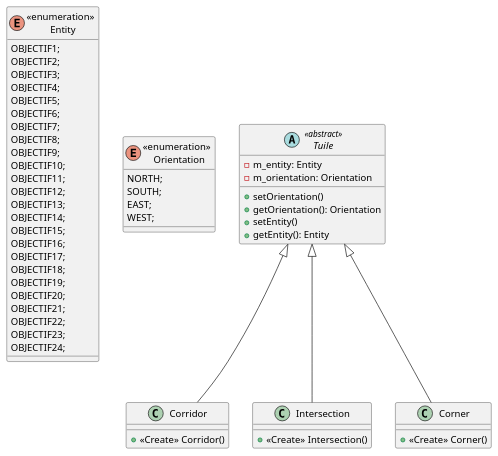
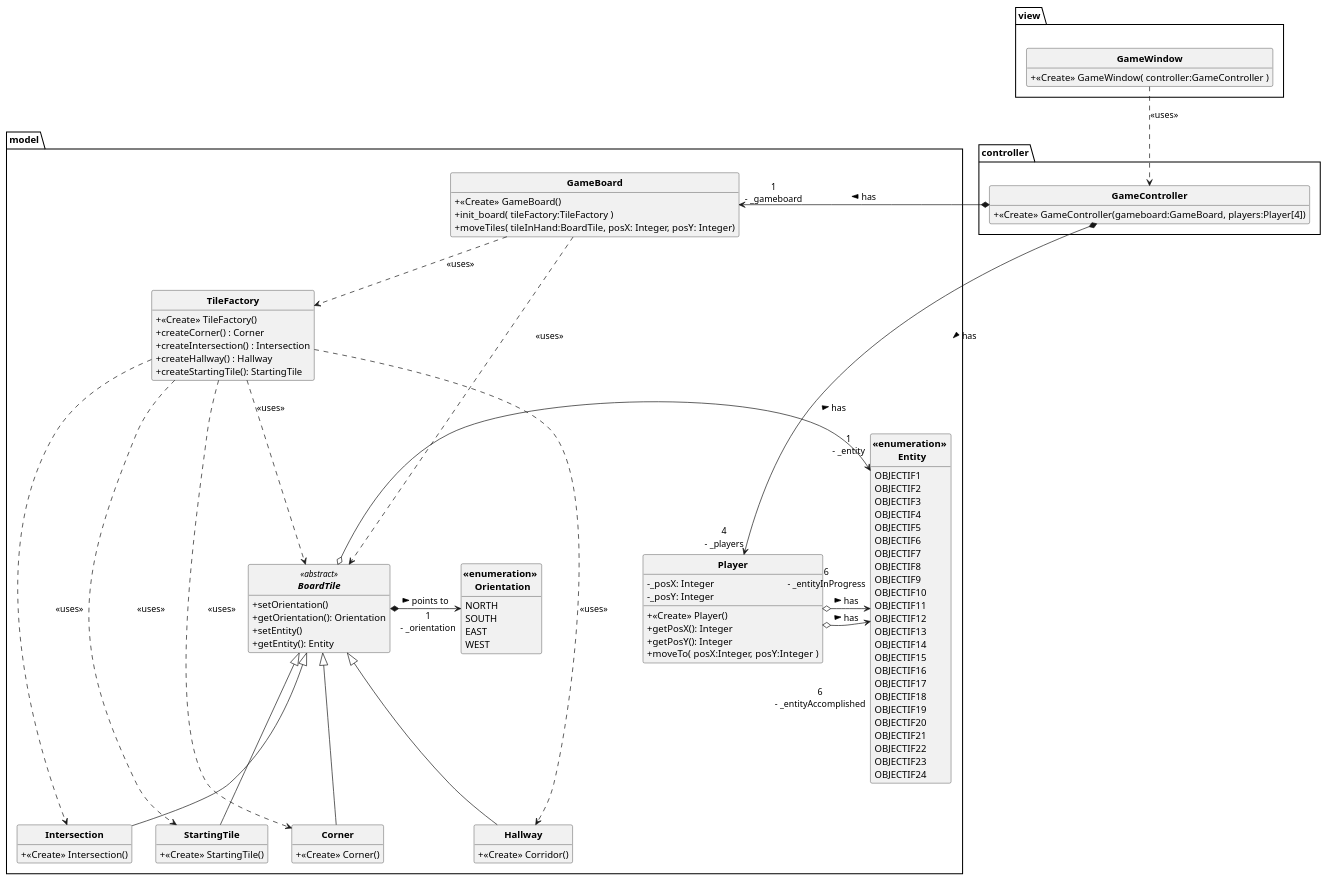
Before and after one commit to NiburusVN/Labyrinth_Minecraft_MBUI: the diagram in uml/Rendu1.puml, drawn with PlantUML. The commit also changed 2 other files, not shown here.

Commit message:
Modification diagramme PUML du rendu 1

```diff
--- a/uml/Rendu1.puml
+++ b/uml/Rendu1.puml
@@ -1,57 +1,122 @@
 @startuml
+skinparam classAttributeIconSize 0
+skinparam classFontStyle Bold
+skinparam style strictuml
+hide empty members
 
-enum "<<enumeration>> \n Entity"{
-    OBJECTIF1;
-    OBJECTIF2;
-    OBJECTIF3;
-    OBJECTIF4;
-    OBJECTIF5;
-    OBJECTIF6;
-    OBJECTIF7;
-    OBJECTIF8;
-    OBJECTIF9;
-    OBJECTIF10;
-    OBJECTIF11;
-    OBJECTIF12;
-    OBJECTIF13;
-    OBJECTIF14;
-    OBJECTIF15;
-    OBJECTIF16;
-    OBJECTIF17;
-    OBJECTIF18;
-    OBJECTIF19;
-    OBJECTIF20;
-    OBJECTIF21;
-    OBJECTIF22;
-    OBJECTIF23;
-    OBJECTIF24;
+package model{
+    class Player{
+        +<<Create>> Player()
+        -_posX: Integer
+        -_posY: Integer
+        +getPosX(): Integer
+        +getPosY(): Integer
+        +moveTo( posX:Integer, posY:Integer )
+    }
+
+    enum "<<enumeration>> \n Entity"{
+        OBJECTIF1
+        OBJECTIF2
+        OBJECTIF3
+        OBJECTIF4
+        OBJECTIF5
+        OBJECTIF6
+        OBJECTIF7
+        OBJECTIF8
+        OBJECTIF9
+        OBJECTIF10
+        OBJECTIF11
+        OBJECTIF12
+        OBJECTIF13
+        OBJECTIF14
+        OBJECTIF15
+        OBJECTIF16
+        OBJECTIF17
+        OBJECTIF18
+        OBJECTIF19
+        OBJECTIF20
+        OBJECTIF21
+        OBJECTIF22
+        OBJECTIF23
+        OBJECTIF24
+    }
+
+    enum "<<enumeration>> \n Orientation"{
+        NORTH
+        SOUTH
+        EAST
+        WEST
+    }
+
+    abstract class BoardTile <<abstract>>{
+        +setOrientation()
+        +getOrientation(): Orientation
+        +setEntity()
+        +getEntity(): Entity
+    }
+
+    class Hallway extends BoardTile{
+        +<<Create>> Corridor()
+    }
+
+    class Intersection extends BoardTile{
+        +<<Create>> Intersection()
+    }
+
+    class Corner extends BoardTile{
+        +<<Create>> Corner()
+    }
+
+    class StartingTile extends BoardTile{
+        +<<Create>> StartingTile()
+    }
+
+    class TileFactory{
+        +<<Create>> TileFactory()
+        +createCorner() : Corner
+        +createIntersection() : Intersection
+        +createHallway() : Hallway
+        +createStartingTile(): StartingTile
+    }
+
+    class GameBoard{
+        +<<Create>> GameBoard()
+        +init_board( tileFactory:TileFactory )
+        +moveTiles( tileInHand:BoardTile, posX: Integer, posY: Integer)
+    }
 }
 
-enum "<<enumeration>> \n Orientation"{
-    NORTH;
-    SOUTH;
-    EAST;
-    WEST;
+package view{
+    class GameWindow{
+        +<<Create>> GameWindow( controller:GameController )
+    }
 }
 
-abstract class Tuile <<abstract>>{
-    -m_entity: Entity
-    -m_orientation: Orientation
-    +setOrientation()
-    +getOrientation(): Orientation
-    +setEntity()
-    +getEntity(): Entity
+package controller{
+    class GameController{
+        +<<Create>> GameController(gameboard:GameBoard, players:Player[4])
+    }
 }
 
-class Corridor extends Tuile{
-    +<<Create>> Corridor()
-}
 
-class Intersection extends Tuile{
-    +<<Create>> Intersection()
-}
 
-class Corner extends Tuile{
-    +<<Create>> Corner()
-}
+TileFactory ..> BoardTile :<<uses>>
+TileFactory ..> Hallway :<<uses>>
+TileFactory ..> StartingTile :<<uses>>
+TileFactory ..> Intersection :<<uses>>
+TileFactory ..> Corner :<<uses>>
+
+GameBoard ..> TileFactory :<<uses>>
+GameBoard ..> BoardTile :<<uses>>
+
+BoardTile *-> "1\n- _orientation" "<<enumeration>> \n Orientation" : > points to
+BoardTile o-> "1\n- _entity" "<<enumeration>> \n Entity": > has
+GameWindow ..> GameController :<<uses>>
+
+Player o-> "6\n- _entityInProgress" "<<enumeration>> \n Entity": > has
+Player o-> "6\n- _entityAccomplished" "<<enumeration>> \n Entity": > has
+
+GameController *-> "4\n- _players" Player: > has
+GameController *-> "1\n- _gameboard" GameBoard: > has
+
 @enduml
```
